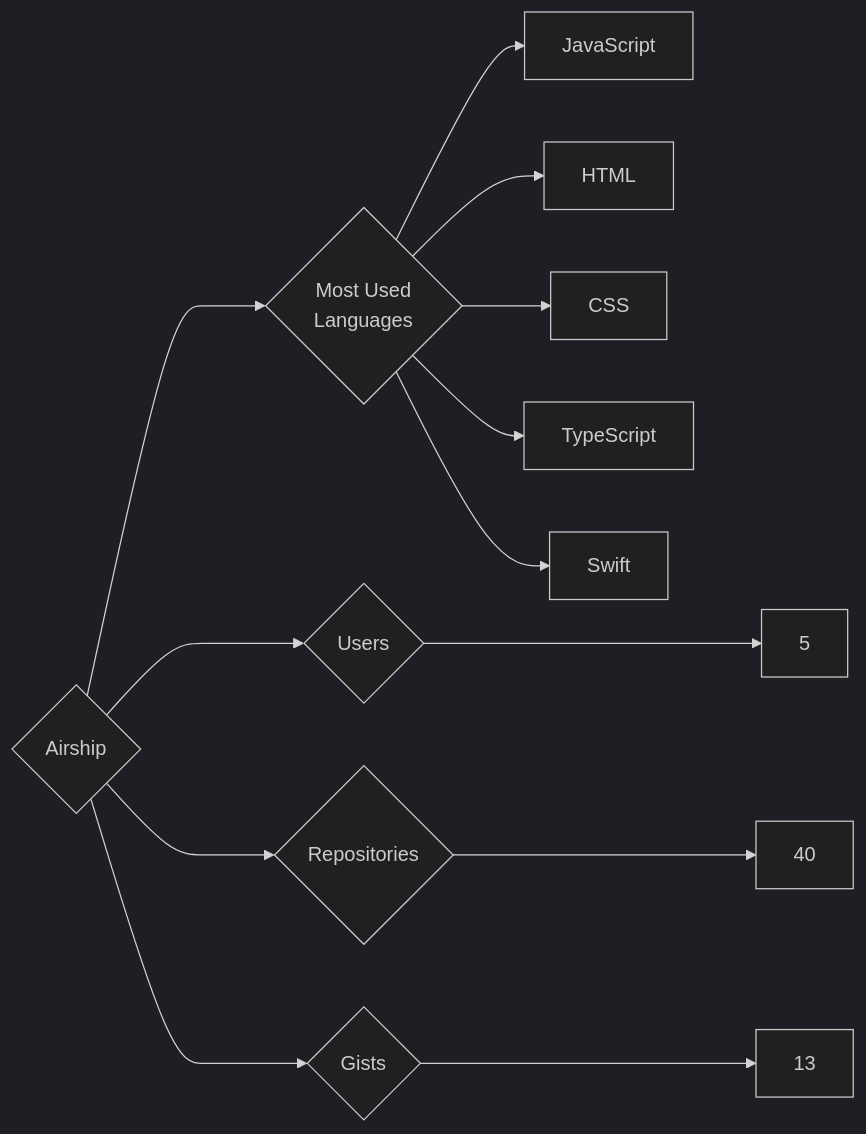
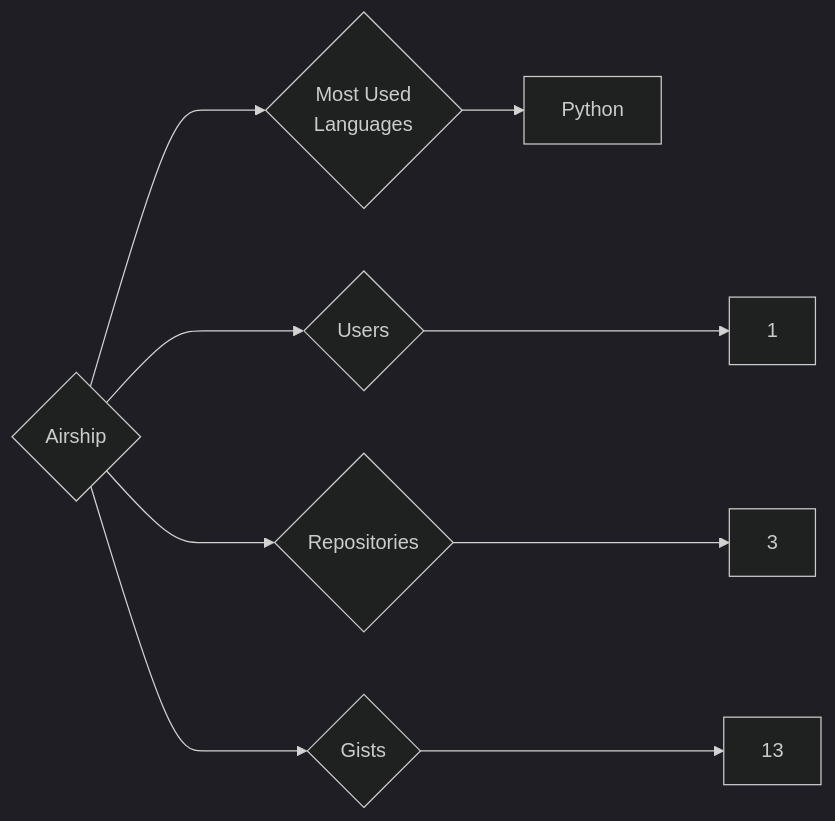
Before and after one commit to trickest/insiders: the diagram in targets/Airship/README.md, drawn with Mermaid (dark theme). The commit also changed 679 other files, not shown here.

````diff
--- a/targets/Airship/README.md
+++ b/targets/Airship/README.md
@@ -3,13 +3,9 @@
 ```mermaid
 graph LR
 COMPANY_NAME{Airship}
-COMPANY_NAME ---> U{Users} ---> UN[5]
-COMPANY_NAME ---> R{Repositories} ---> RN[40]
+COMPANY_NAME ---> U{Users} ---> UN[1]
+COMPANY_NAME ---> R{Repositories} ---> RN[3]
 COMPANY_NAME ---> G{Gists} ---> GN[13]
 COMPANY_NAME ---> ML{Most Used<br>Languages}
-ML --> JavaScript[JavaScript]
-ML --> HTML[HTML]
-ML --> CSS[CSS]
-ML --> TypeScript[TypeScript]
-ML --> Swift[Swift]
+ML --> Python[Python]
 ```
````
